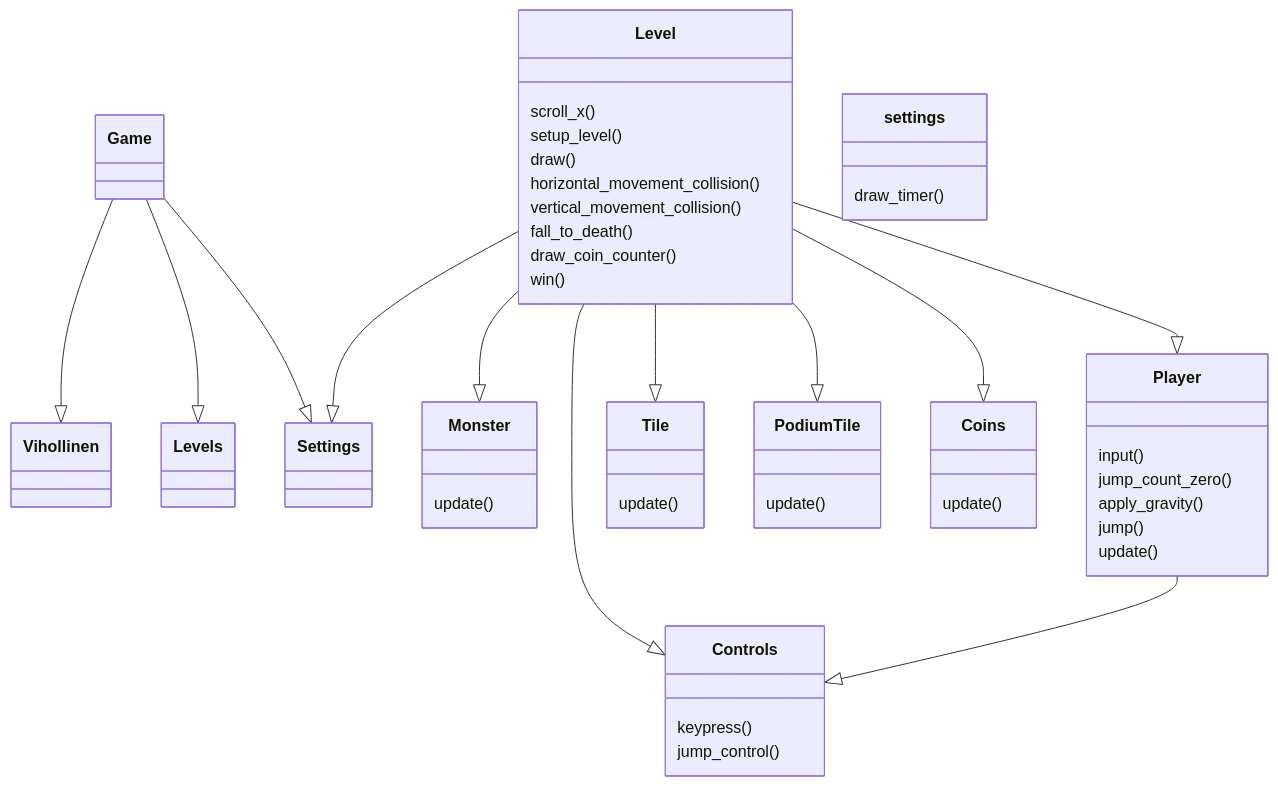
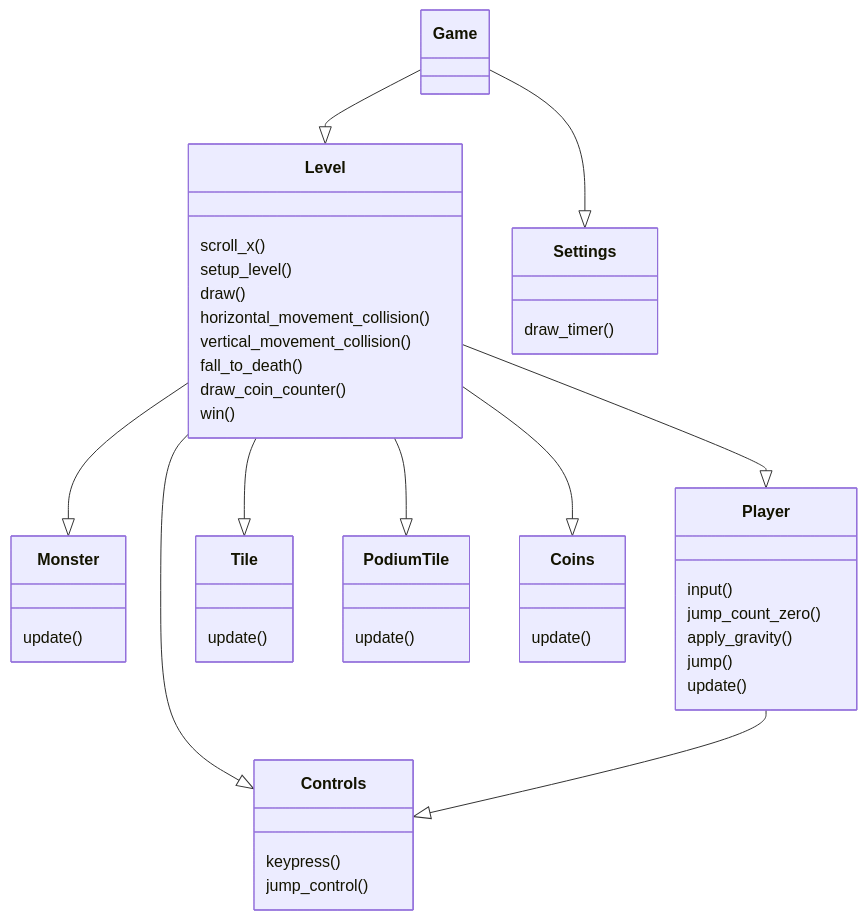
The diagram in Dokumentaatio/arkkitehtuuri.md (mfaarni/ot-harjoitustyo), drawn with Mermaid before and after one commit.

````diff
--- a/Dokumentaatio/arkkitehtuuri.md
+++ b/Dokumentaatio/arkkitehtuuri.md
@@ -1,71 +1,69 @@
 ```mermaid
 classDiagram
-  Game--|>Vihollinen
-  Game--|>Levels
+  Game--|>Level
   Game--|>Settings
   Level--|>Monster
   Level--|>Player
-  Level--|>Settings
   Level--|>Tile
   Level--|>PodiumTile
   Level--|>Coins
   Level--|>Controls
   Player--|>Controls
 
   class Level{
     scroll_x()
     setup_level()
     draw()
     horizontal_movement_collision()
     vertical_movement_collision()
     fall_to_death()
     draw_coin_counter()
     win()
 
     
 
   }
 
   class Player{
     input()
     jump_count_zero()
     apply_gravity()
     jump()
     update()
 
   }
 
   class Monster{
     update()
 
   }
 
   class Tile{
     update()
 
   }
 
   class PodiumTile{
     update()
 
   }
   
 
   class Coins{
     update()
 
   }
   
 
   class Controls{
     keypress()
     jump_control()
 
   }
   
 
-  class settings{
+  class Settings{
     draw_timer()
 
   }
 ```
````
